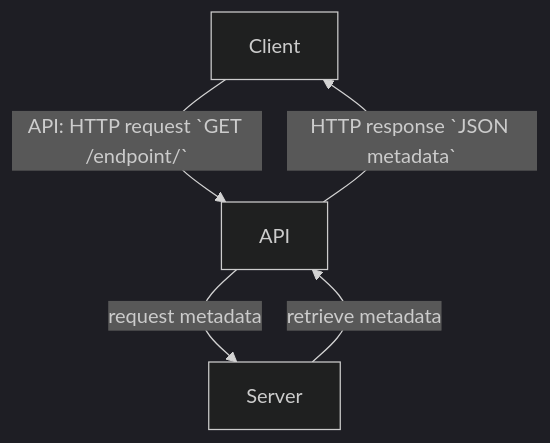
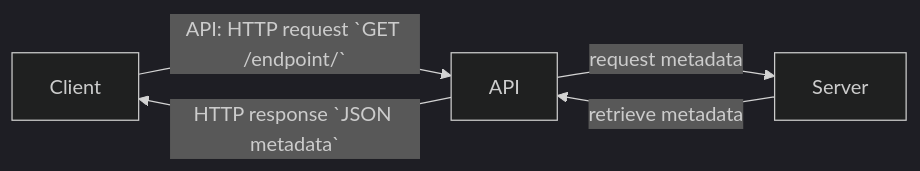
One commit to tplisson/api-overview changed the fourth of 5 diagrams in README.md. Above: the diagram before and after it, drawn with Mermaid (dark theme).

Commit message:
2023-07-28

````diff
--- a/README.md
+++ b/README.md
@@ -37,7 +37,7 @@
 ```mermaid
-  graph TD
+  graph LR
     A[Client] -- API: HTTP request `GET /endpoint/` --> B[API] 
     B[API] -- request metadata --> C[Server]
     C[Server] -- retrieve metadata --> B[API]
     B[API] -- HTTP response `JSON metadata` --> A[Client]
 ```
````
